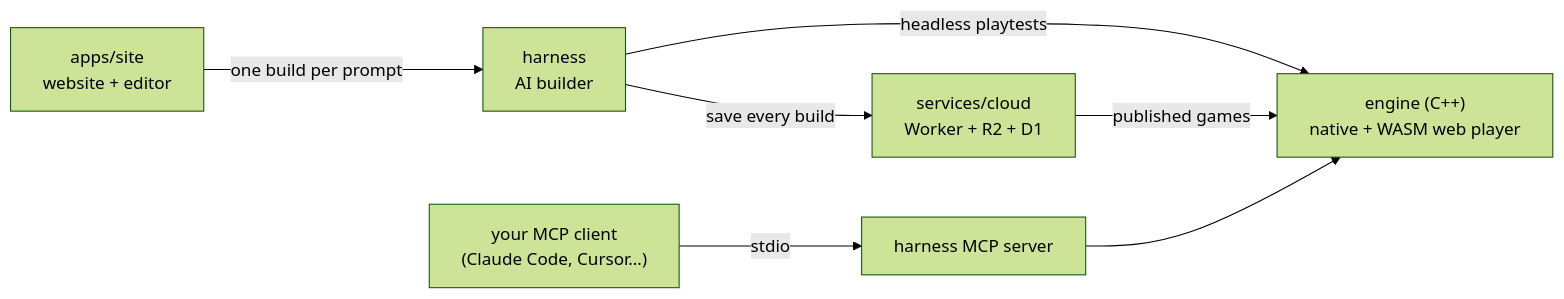
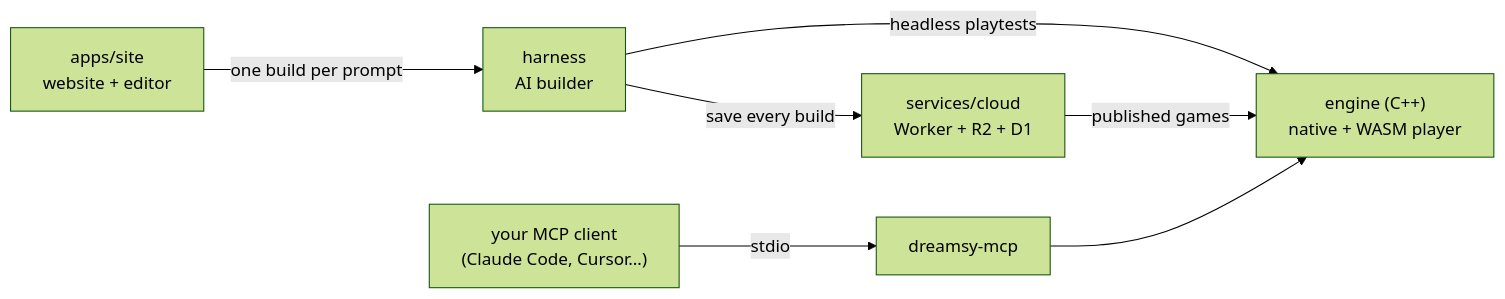
The diagram in README.md (amansmallest/dreamsy-mono), drawn with Mermaid (forest theme) before and after one commit. The commit also changed other lines of this file and 8 other files, not shown here.

First line of the commit message:
dreamsy-mcp 0.1.2: one package with macOS and Linux engines; README

````diff
--- a/README.md
+++ b/README.md
@@ -11,9 +142,9 @@
 ```mermaid
 flowchart LR
   editor["apps/site<br/>website + editor"] -- "one build per prompt" --> harness["harness<br/>AI builder"]
-  mcp["your MCP client<br/>(Claude Code, Cursor…)"] -- "stdio" --> mcpserver["harness MCP server"]
-  harness -- "headless playtests" --> engine["engine (C++)<br/>native + WASM web player"]
+  mcp["your MCP client<br/>(Claude Code, Cursor…)"] -- "stdio" --> mcpserver["dreamsy-mcp"]
+  harness -- "headless playtests" --> engine["engine (C++)<br/>native + WASM player"]
   mcpserver --> engine
   harness -- "save every build" --> cloud["services/cloud<br/>Worker + R2 + D1"]
   cloud -- "published games" --> engine
 ```
````
